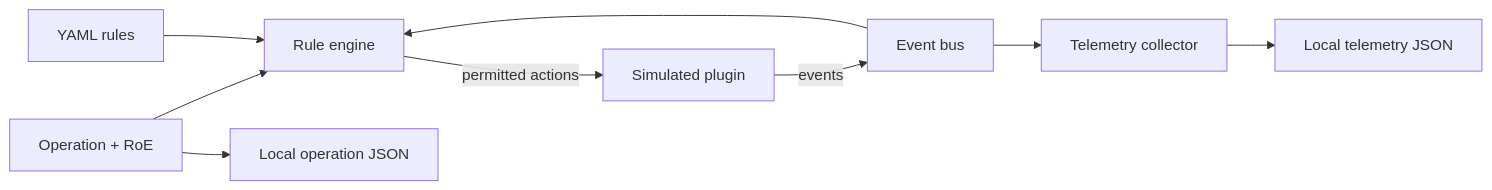
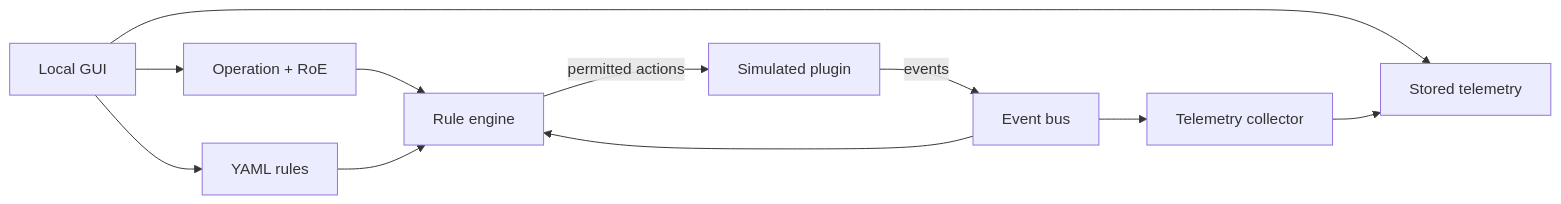
One commit to Base4Security/Apate-Cyberdeception changed the diagram in README.md. Above: the diagram before and after it, drawn with Mermaid. The commit also changed other lines of this file and 33 other files, not shown here.

````diff
--- a/README.md
+++ b/README.md
@@ -72,11 +99,13 @@
 ```mermaid
 flowchart LR
-    O[Operation + RoE] --> R[Rule engine]
-    Y[YAML rules] --> R
+    UI[Local GUI] --> O[Operation + RoE]
+    UI --> Y[YAML rules]
+    UI --> T[Stored telemetry]
     P[Simulated plugin] -->|events| B[Event bus]
-    B --> R
-    B --> T[Telemetry collector]
+    B --> R[Rule engine]
+    B --> C[Telemetry collector]
+    O --> R
+    Y --> R
     R -->|permitted actions| P
-    O --> J[Local operation JSON]
-    T --> K[Local telemetry JSON]
+    C --> T
 ```
````
